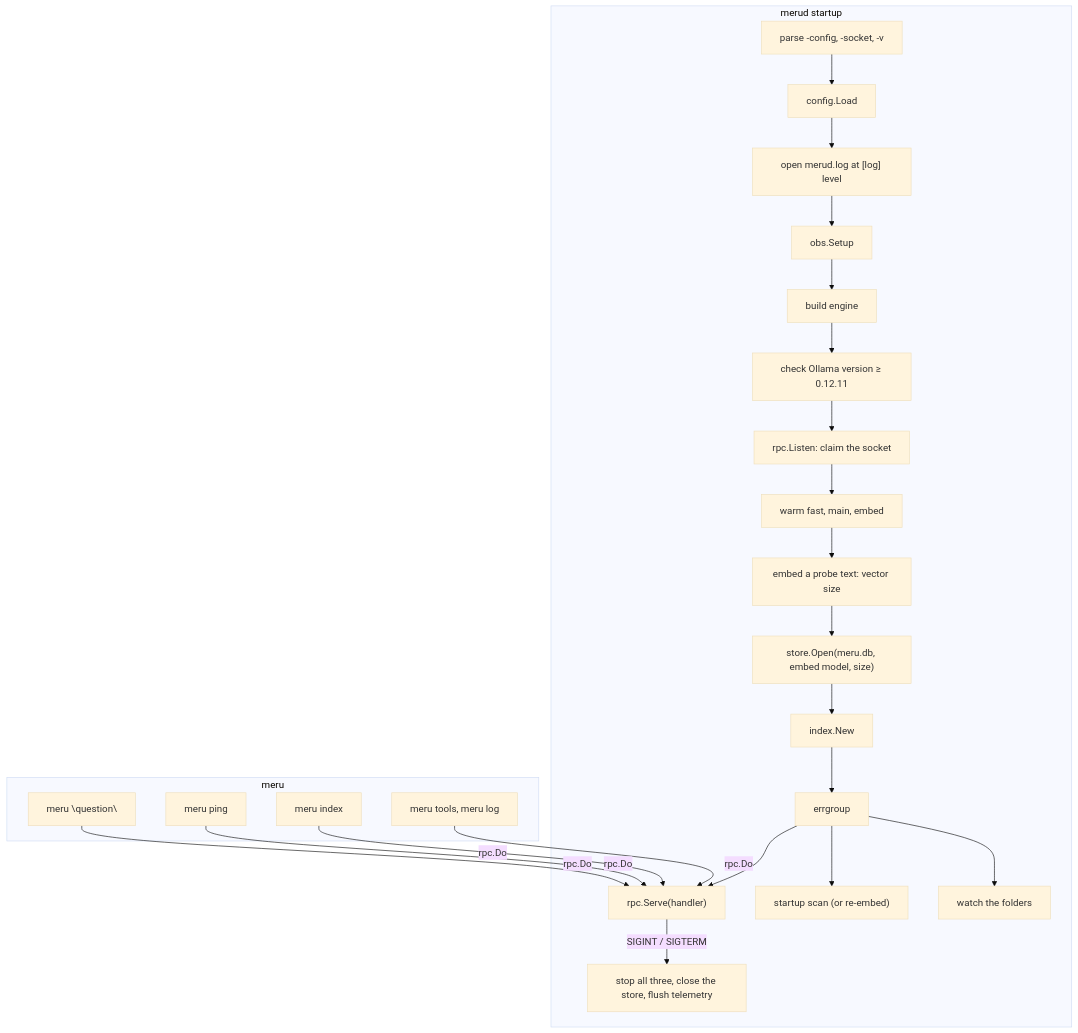
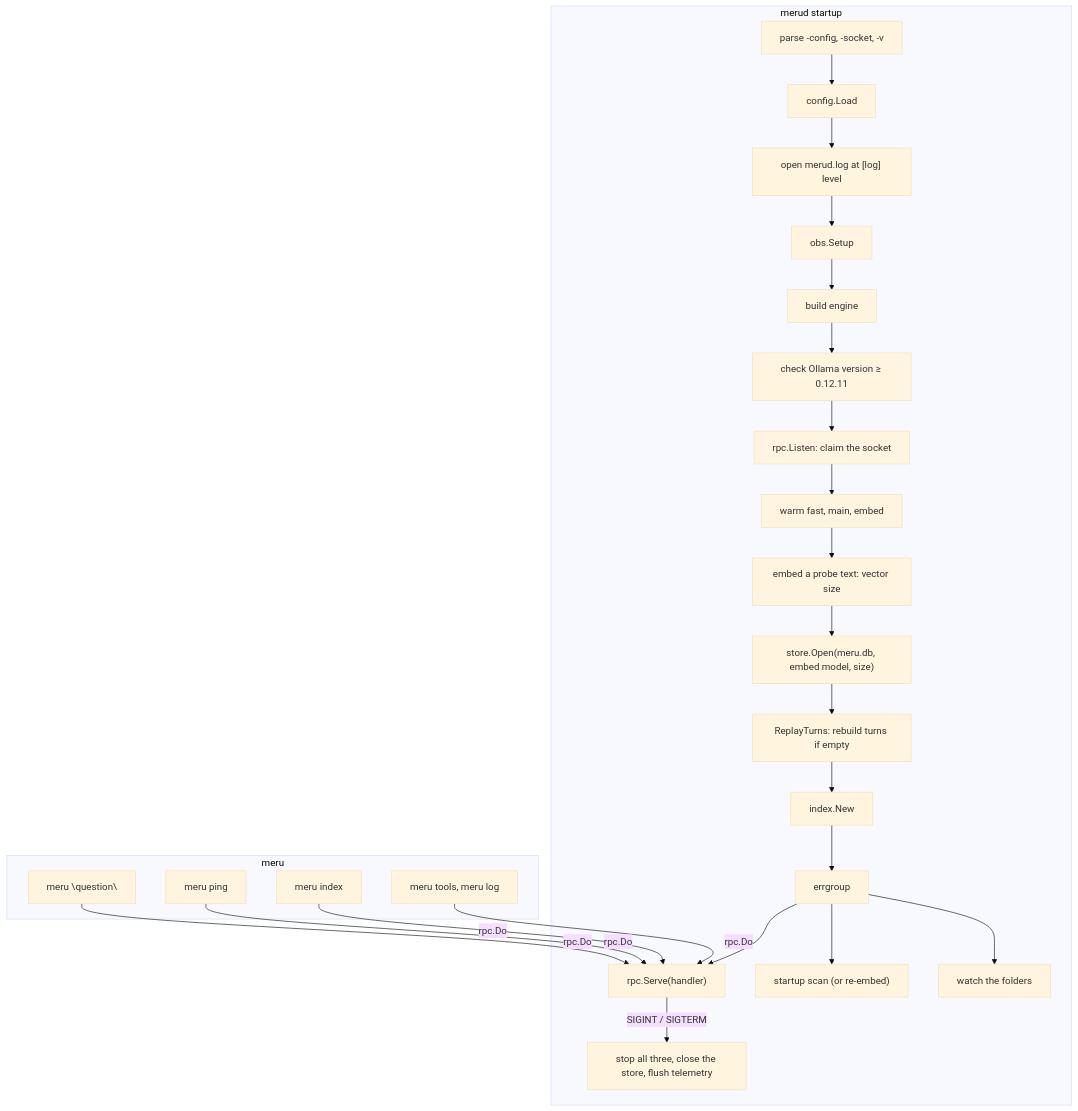
The diagram in docs/coding-notes/merud.md (aarora79/meru), drawn with Mermaid (base theme) before and after one commit. The commit also changed other lines of this file and 26 other files, not shown here.

````diff
--- a/docs/coding-notes/merud.md
+++ b/docs/coding-notes/merud.md
@@ -20,26 +20,27 @@
 ```mermaid
 flowchart TB
     subgraph merud["merud startup"]
         F["parse -config, -socket, -v"] --> L["config.Load"]
         L --> G["open merud.log at [log] level"]
         G --> O["obs.Setup"]
         O --> E["build engine"]
         E --> V["check Ollama version ≥ 0.12.11"]
         V --> S["rpc.Listen: claim the socket"]
         S --> W["warm fast, main, embed"]
         W --> D["embed a probe text: vector size"]
         D --> ST["store.Open(meru.db, embed model, size)"]
-        ST --> IX["index.New"]
+        ST --> RT["ReplayTurns: rebuild turns if empty"]
+        RT --> IX["index.New"]
         IX --> G2["errgroup"]
         G2 --> R["rpc.Serve(handler)"]
         G2 --> SC["startup scan (or re-embed)"]
         G2 --> WA["watch the folders"]
         R -- "SIGINT / SIGTERM" --> X["stop all three, close the store, flush telemetry"]
     end
     subgraph meru["meru"]
         A["meru \"question\""] -- "rpc.Do" --> R
         P["meru ping"] -- "rpc.Do" --> R
         I["meru index"] -- "rpc.Do" --> R
         T["meru tools, meru log"] -- "rpc.Do" --> R
     end
 ```
````
